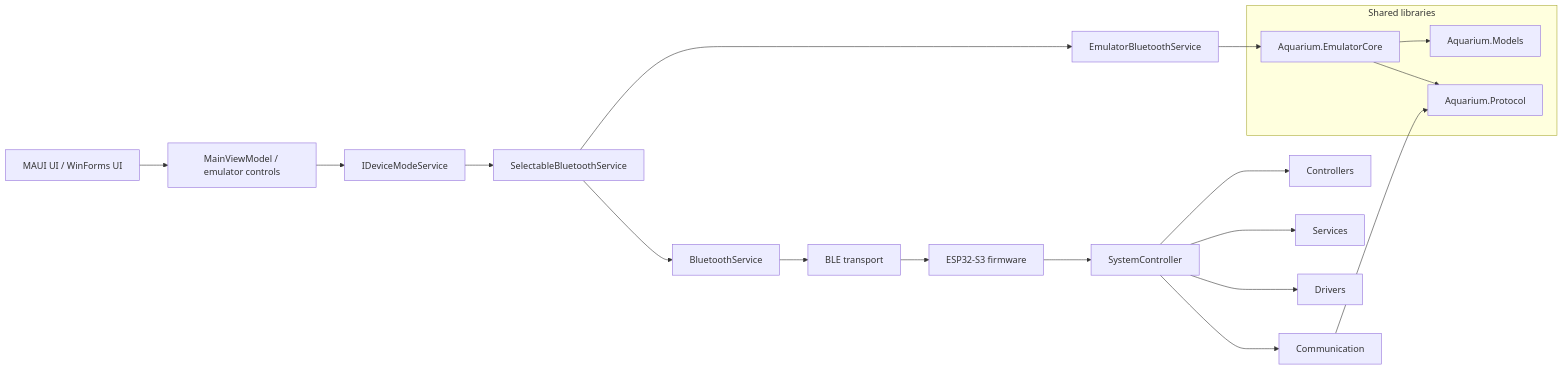
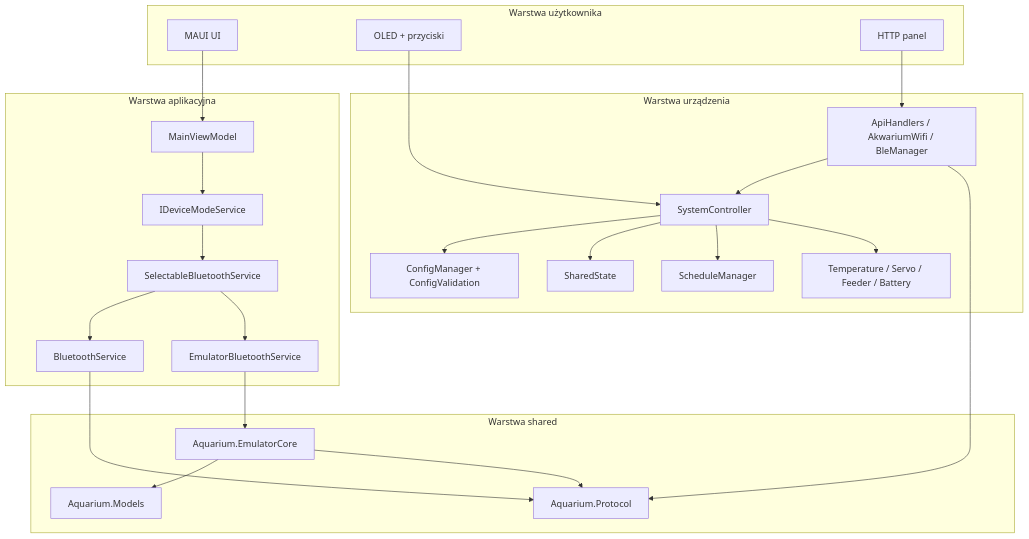
Before and after one commit to Baartek57548/Akwarium: the diagram in docs/architecture.md, drawn with Mermaid. The commit also changed other lines of this file and 31 other files, not shown here.

````diff
--- a/docs/architecture.md
+++ b/docs/architecture.md
@@ -16,28 +34,49 @@
 ```mermaid
-flowchart LR
-  UI["MAUI UI / WinForms UI"] --> VM["MainViewModel / emulator controls"]
-  VM --> MODE["IDeviceModeService"]
-  MODE --> SEL["SelectableBluetoothService"]
-
-  SEL --> REAL["BluetoothService"]
-  SEL --> EMU["EmulatorBluetoothService"]
-
-  subgraph SHARED["Shared libraries"]
-    MODELS["Aquarium.Models"]
-    PROTOCOL["Aquarium.Protocol"]
-    EMUCORE["Aquarium.EmulatorCore"]
+flowchart TB
+  subgraph USER["Warstwa użytkownika"]
+    MOBILE["MAUI UI"]
+    OLED["OLED + przyciski"]
+    WEB["HTTP panel"]
   end
 
-  REAL --> BLE["BLE transport"]
-  EMU --> EMUCORE
-  EMUCORE --> MODELS
-  EMUCORE --> PROTOCOL
+  subgraph APP["Warstwa aplikacyjna"]
+    VM["MainViewModel"]
+    MODE["IDeviceModeService"]
+    BLESEL["SelectableBluetoothService"]
+    BLE["BluetoothService"]
+    EMUBLE["EmulatorBluetoothService"]
+  end
 
-  BLE --> FW["ESP32-S3 firmware"]
-  FW --> SYS["SystemController"]
-  SYS --> CTRL["Controllers"]
-  SYS --> SRV["Services"]
-  SYS --> DRV["Drivers"]
-  SYS --> COMM["Communication"]
-  COMM --> PROTOCOL
+  subgraph SHARED["Warstwa shared"]
+    MODELS["Aquarium.Models"]
+    PROTO["Aquarium.Protocol"]
+    CORE["Aquarium.EmulatorCore"]
+  end
+
+  subgraph DEVICE["Warstwa urządzenia"]
+    API["ApiHandlers / AkwariumWifi / BleManager"]
+    SYS["SystemController"]
+    CFG["ConfigManager + ConfigValidation"]
+    STATE["SharedState"]
+    SCHED["ScheduleManager"]
+    DRV["Temperature / Servo / Feeder / Battery"]
+  end
+
+  MOBILE --> VM
+  VM --> MODE
+  MODE --> BLESEL
+  BLESEL --> BLE
+  BLESEL --> EMUBLE
+  BLE --> PROTO
+  EMUBLE --> CORE
+  CORE --> MODELS
+  CORE --> PROTO
+  WEB --> API
+  API --> SYS
+  OLED --> SYS
+  SYS --> CFG
+  SYS --> STATE
+  SYS --> SCHED
+  SYS --> DRV
+  API --> PROTO
 ```
````
